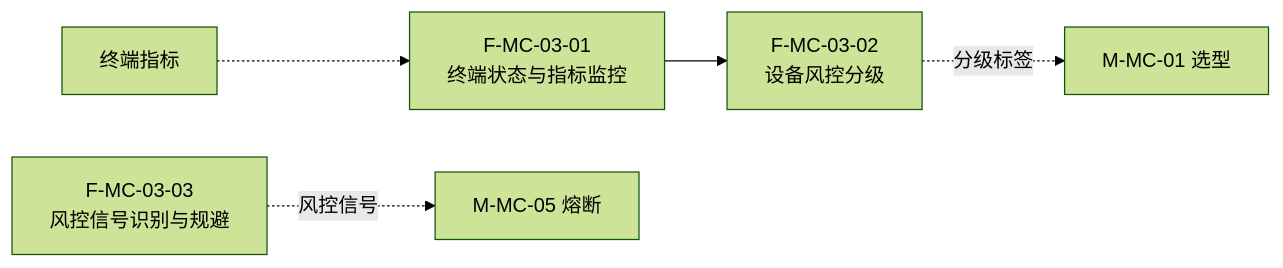
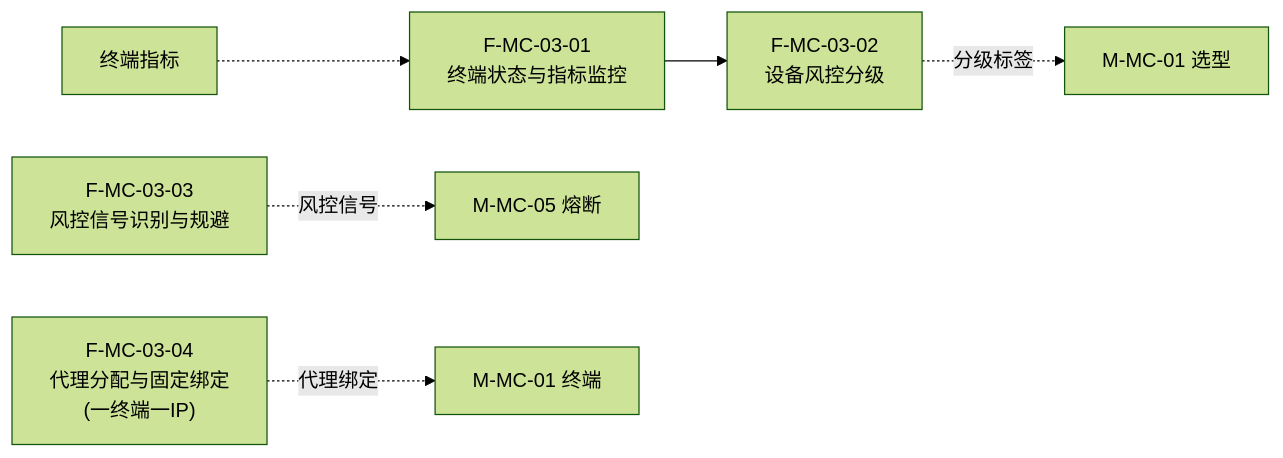
Before and after one commit to Sj-g/obsidian: the tenth of 49 diagrams in 公司项目/认知作战/文档/软件概要设计-架构图.md, drawn with Mermaid (forest theme). The commit also changed other lines of this file, not shown here.

````diff
--- a/公司项目/认知作战/文档/软件概要设计-架构图.md
+++ b/公司项目/认知作战/文档/软件概要设计-架构图.md
@@ -236,11 +241,13 @@
 ```mermaid
 flowchart LR
     F0301["F-MC-03-01<br/>终端状态与指标监控"]
     F0302["F-MC-03-02<br/>设备风控分级"]
     F0303["F-MC-03-03<br/>风控信号识别与规避"]
+    F0304["F-MC-03-04<br/>代理分配与固定绑定<br/>(一终端一IP)"]
 
     F0301 --> F0302
     F0302 -.->|"分级标签"| EXT["M-MC-01 选型"]
     F0303 -.->|"风控信号"| EXT2["M-MC-05 熔断"]
-    EXT3["终端指标"] -.-> F0301
+    F0304 -.->|"代理绑定"| EXT3["M-MC-01 终端"]
+    EXT4["终端指标"] -.-> F0301
 ```
````
